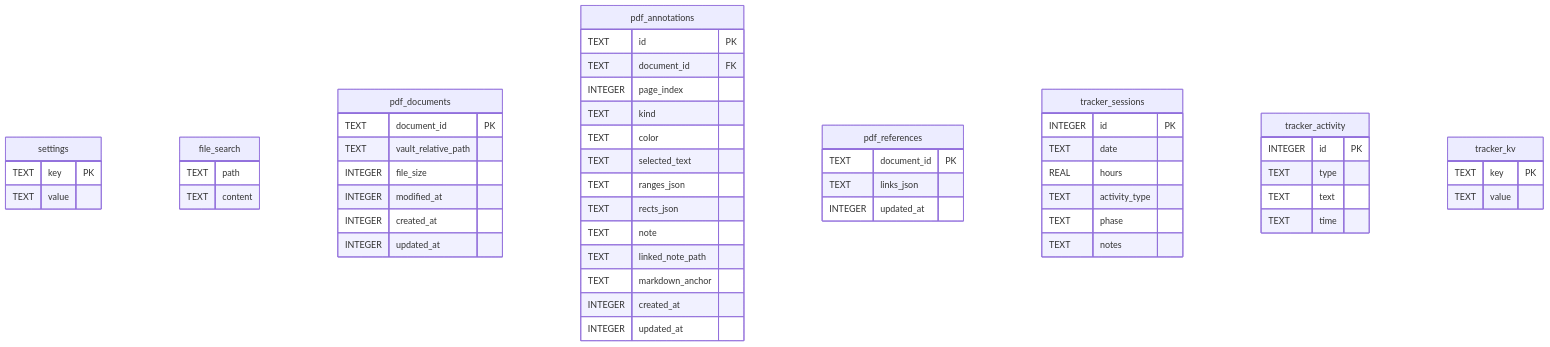
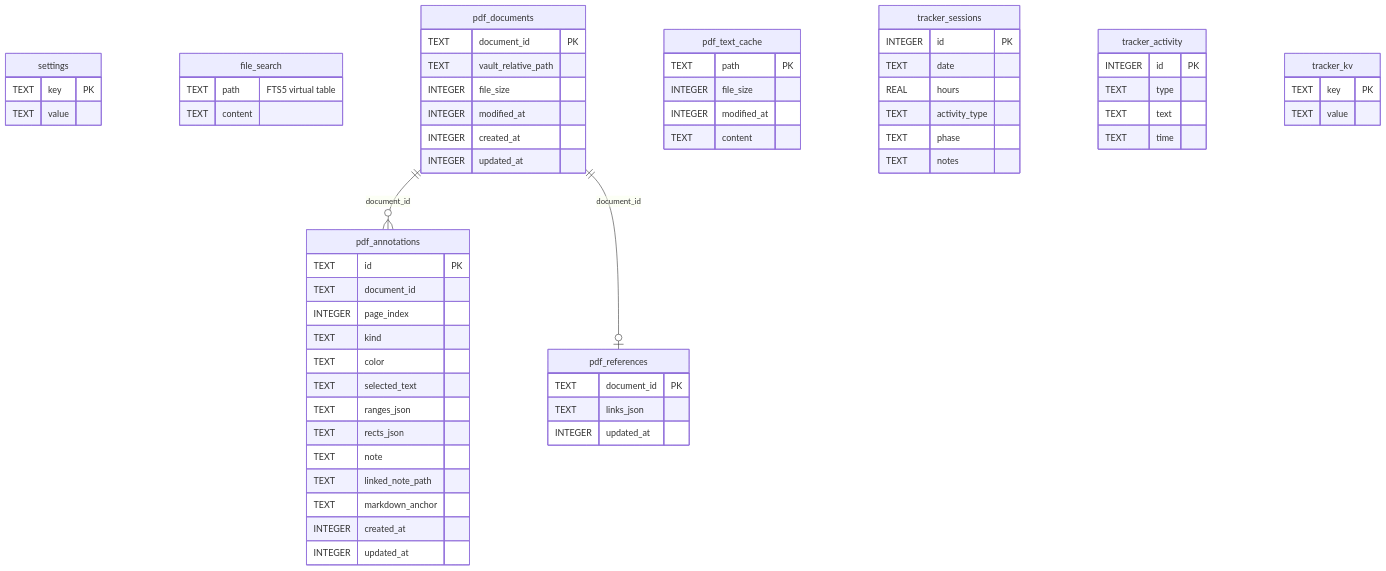
One commit to Suranjan77/md-editor changed the first of 3 diagrams in wiki/Core-Services.md. Above: the diagram before and after it, drawn with Mermaid. The commit also changed other lines of this file and 24 other files, not shown here.

````diff
--- a/wiki/Core-Services.md
+++ b/wiki/Core-Services.md
@@ -42,57 +44,66 @@
 ```mermaid
 erDiagram
     settings {
         TEXT key PK
         TEXT value
     }
     file_search {
-        TEXT path
+        TEXT path "FTS5 virtual table"
         TEXT content
     }
     pdf_documents {
         TEXT document_id PK
         TEXT vault_relative_path
         INTEGER file_size
         INTEGER modified_at
         INTEGER created_at
         INTEGER updated_at
     }
     pdf_annotations {
         TEXT id PK
-        TEXT document_id FK
+        TEXT document_id
         INTEGER page_index
         TEXT kind
         TEXT color
         TEXT selected_text
         TEXT ranges_json
         TEXT rects_json
         TEXT note
         TEXT linked_note_path
         TEXT markdown_anchor
         INTEGER created_at
         INTEGER updated_at
+    }
+    pdf_text_cache {
+        TEXT path PK
+        INTEGER file_size
+        INTEGER modified_at
+        TEXT content
     }
     pdf_references {
         TEXT document_id PK
         TEXT links_json
         INTEGER updated_at
     }
     tracker_sessions {
         INTEGER id PK
         TEXT date
         REAL hours
         TEXT activity_type
         TEXT phase
         TEXT notes
     }
     tracker_activity {
         INTEGER id PK
         TEXT type
         TEXT text
         TEXT time
     }
     tracker_kv {
         TEXT key PK
         TEXT value
     }
+
+    pdf_documents ||--o{ pdf_annotations : "document_id"
+    pdf_documents ||--o| pdf_references : "document_id"
 ```
````
